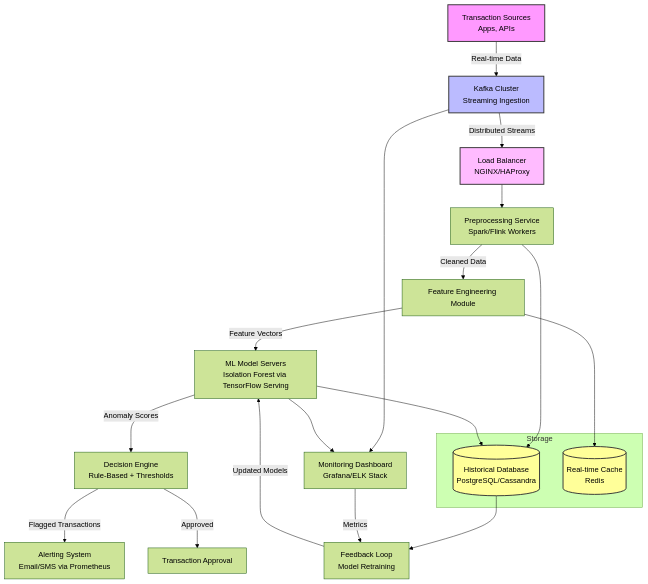
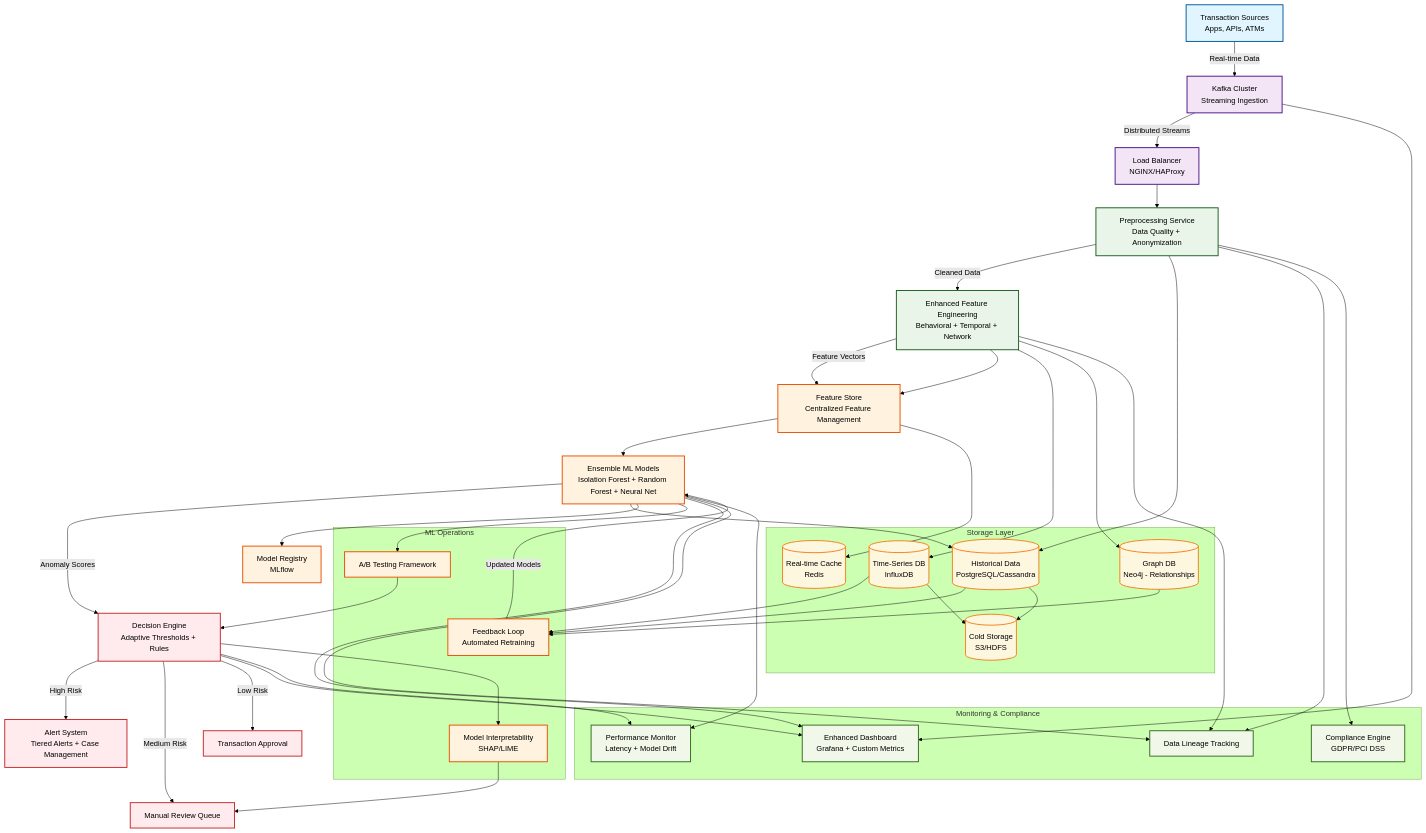
Before and after one commit to zotko/learning: the diagram in anomaly_detection.md, drawn with Mermaid (forest theme).

````diff
--- a/anomaly_detection.md
+++ b/anomaly_detection.md
@@ -3,35 +3,81 @@
 ```mermaid
 graph TD
-    A[Transaction Sources<br/>Apps, APIs] -->|Real-time Data| B[Kafka Cluster<br/>Streaming Ingestion]
+    A[Transaction Sources<br/>Apps, APIs, ATMs] -->|Real-time Data| B[Kafka Cluster<br/>Streaming Ingestion]
     B -->|Distributed Streams| C[Load Balancer<br/>NGINX/HAProxy]
-    C --> D[Preprocessing Service<br/>Spark/Flink Workers]
-    D -->|Cleaned Data| E[Feature Engineering Module]
-    E -->|Feature Vectors| F[ML Model Servers<br/>Isolation Forest via TensorFlow Serving]
-    F -->|Anomaly Scores| G[Decision Engine<br/>Rule-Based + Thresholds]
-    G -->|Flagged Transactions| H[Alerting System<br/>Email/SMS via Prometheus]
-    G -->|Approved| I[Transaction Approval]
+    C --> D[Preprocessing Service<br/>Data Quality + Anonymization]
+    D -->|Cleaned Data| E[Enhanced Feature Engineering<br/>Behavioral + Temporal + Network]
+    E -->|Feature Vectors| F[Feature Store<br/>Centralized Feature Management]
+    F --> G[Ensemble ML Models<br/>Isolation Forest + Random Forest + Neural Net]
+    G -->|Anomaly Scores| H[Decision Engine<br/>Adaptive Thresholds + Rules]
+    H -->|High Risk| I[Alert System<br/>Tiered Alerts + Case Management]
+    H -->|Medium Risk| J[Manual Review Queue]
+    H -->|Low Risk| K[Transaction Approval]
     
-    subgraph Storage
-        J[(Historical Database<br/>PostgreSQL/Cassandra)]
-        K[(Real-time Cache<br/>Redis)]
+    subgraph Storage Layer
+        L[(Time-Series DB<br/>InfluxDB)]
+        M[(Graph DB<br/>Neo4j - Relationships)]
+        N[(Historical Data<br/>PostgreSQL/Cassandra)]
+        O[(Real-time Cache<br/>Redis)]
+        P[(Cold Storage<br/>S3/HDFS)]
     end
     
-    D --> J
-    E --> K
-    F --> J
-    L[Feedback Loop<br/>Model Retraining] -->|Updated Models| F
-    J --> L
-    M[Monitoring Dashboard<br/>Grafana/ELK Stack] -->|Metrics| L
-    B --> M
-    F --> M
+    subgraph ML Operations
+        Q[A/B Testing Framework]
+        R[Model Registry<br/>MLflow]
+        S[Feedback Loop<br/>Automated Retraining]
+        T[Model Interpretability<br/>SHAP/LIME]
+    end
     
-    classDef source fill:#f9f,stroke:#333,stroke-width:2px
-    classDef streaming fill:#bbf,stroke:#333,stroke-width:2px
-    classDef processing fill:#fbf,stroke:#333,stroke-width:2px
-    classDef storage fill:#ff9,stroke:#333,stroke-width:2px
+    subgraph Monitoring & Compliance
+        U[Enhanced Dashboard<br/>Grafana + Custom Metrics]
+        V[Data Lineage Tracking]
+        W[Compliance Engine<br/>GDPR/PCI DSS]
+        X[Performance Monitor<br/>Latency + Model Drift]
+    end
+    
+    D --> N
+    E --> F
+    E --> L
+    E --> M
+    F --> O
+    G --> N
+    G --> R
+    S -->|Updated Models| G
+    N --> S
+    L --> S
+    M --> S
+    
+    G --> Q
+    Q --> H
+    H --> T
+    T --> J
+    
+    B --> U
+    G --> U
+    H --> U
+    D --> V
+    E --> V
+    G --> V
+    D --> W
+    G --> X
+    H --> X
+    
+    N --> P
+    L --> P
+    
+    classDef source fill:#e1f5fe,stroke:#01579b,stroke-width:2px
+    classDef streaming fill:#f3e5f5,stroke:#4a148c,stroke-width:2px
+    classDef processing fill:#e8f5e8,stroke:#1b5e20,stroke-width:2px
+    classDef ml fill:#fff3e0,stroke:#e65100,stroke-width:2px
+    classDef storage fill:#fef7e0,stroke:#f57f17,stroke-width:2px
+    classDef decision fill:#ffebee,stroke:#c62828,stroke-width:2px
+    classDef monitoring fill:#f1f8e9,stroke:#33691e,stroke-width:2px
     
     class A source
-    class B streaming
-    class C processing
-    class J,K storage
+    class B,C streaming
+    class D,E processing
+    class F,G,Q,R,S,T ml
+    class L,M,N,O,P storage
+    class H,I,J,K decision
+    class U,V,W,X monitoring
 ```
````
